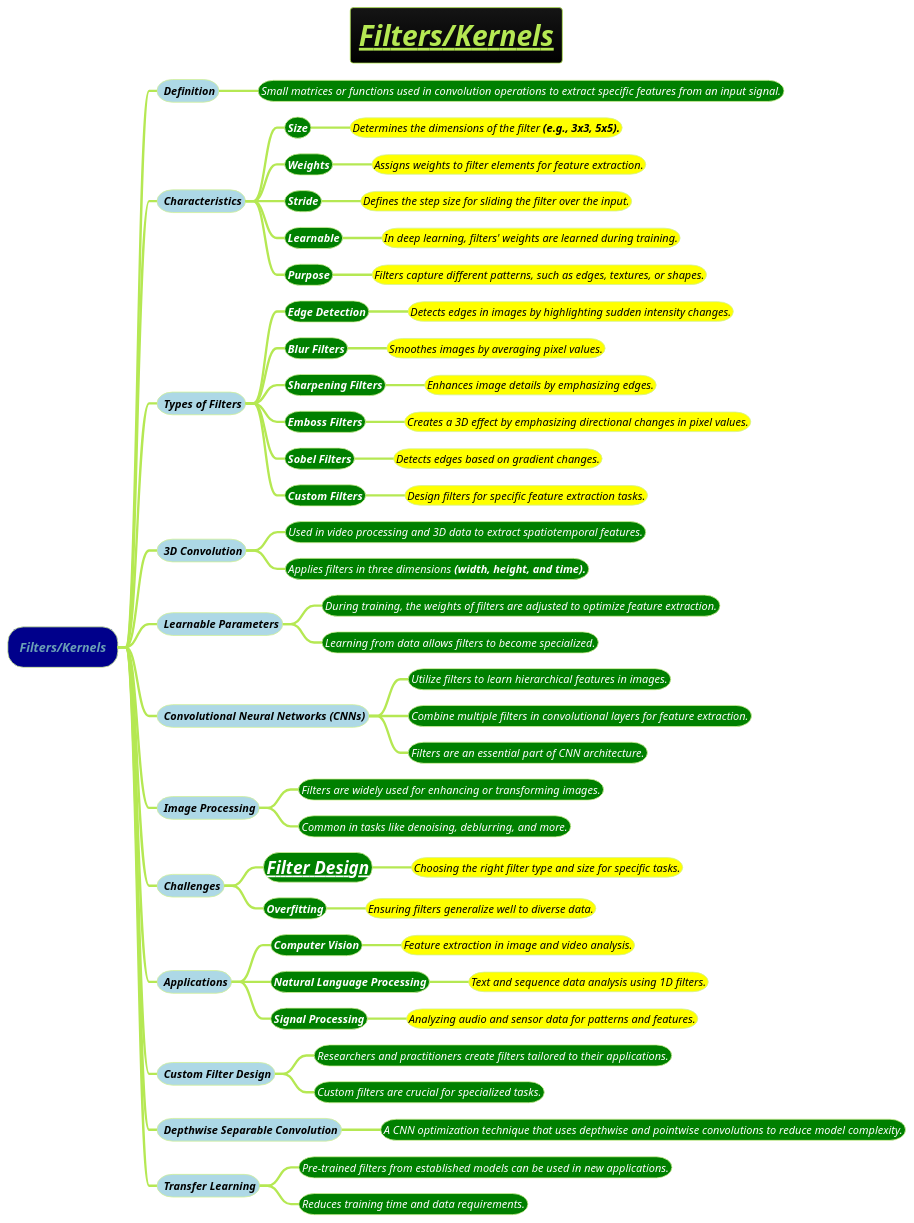
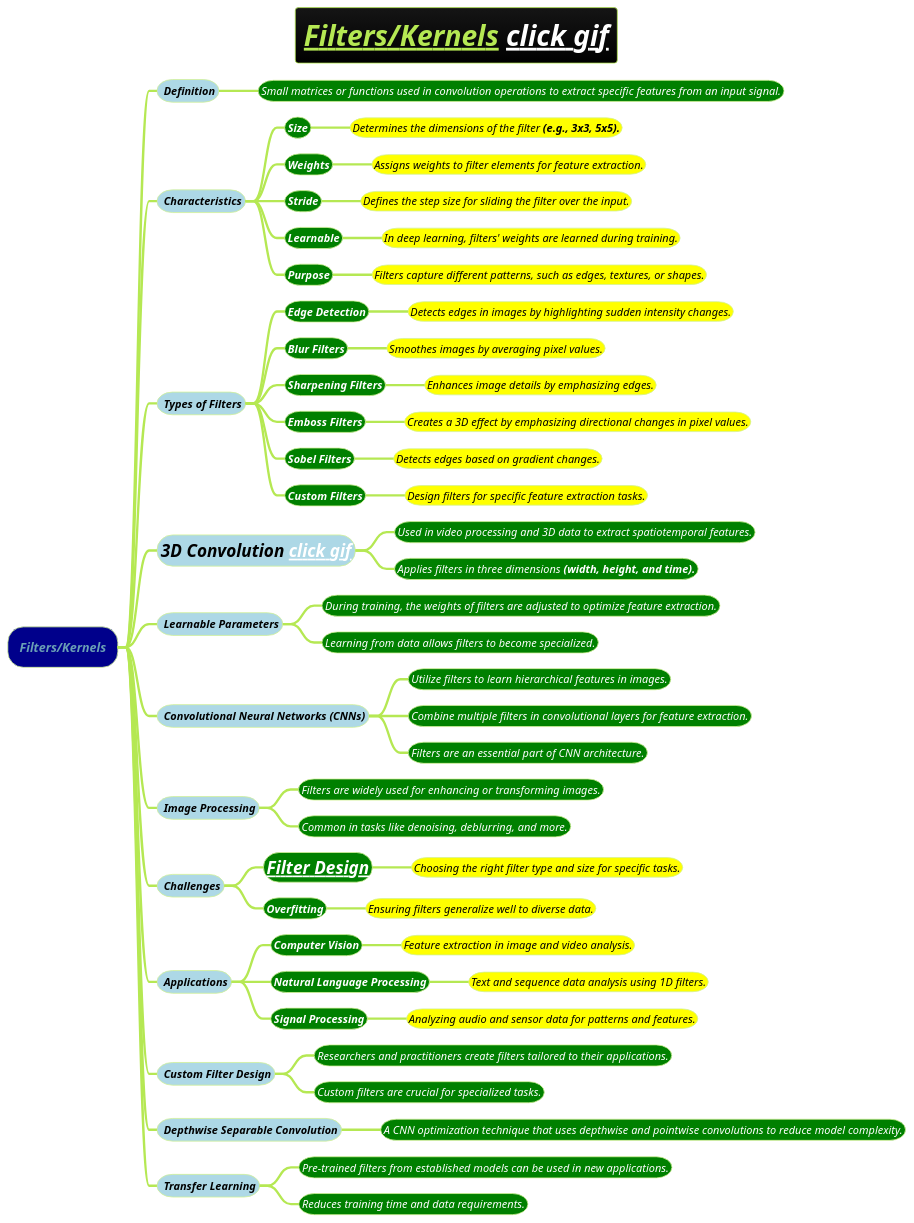
Before and after one commit to MehmoodHashmi/Documentation-as-Code-DaC: the diagram in docs/AI-ML- DL-Data-Science-and-BigData/machine-learning-ML/3-deep-learning-DL/Filters-or-Kernels.puml, drawn with PlantUML. The commit also changed 3 other files, not shown here.

```diff
--- a/docs/AI-ML- DL-Data-Science-and-BigData/machine-learning-ML/3-deep-learning-DL/Filters-or-Kernels.puml
+++ b/docs/AI-ML- DL-Data-Science-and-BigData/machine-learning-ML/3-deep-learning-DL/Filters-or-Kernels.puml
@@ -1,82 +1,77 @@
 @startmindmap
-title =<i><b><u>Filters/Kernels
-
+title =<i><b><u>Filters/Kernels [[../gif/convolution.adoc click gif]]
 !theme hacker
-
-
-
-
 
 *[#darkblue] <i>Filters/Kernels
 **[#lightblue] <color #black><i><size:14> Definition
 ***[#green] <color #white><i><size:14>Small matrices or functions used in convolution operations to extract specific features from an input signal.
 
 **[#lightblue] <color #black><i><size:14> Characteristics
 ***[#green] <color #white><b><i><size:14>Size
 ****[#yellow] <color #black><i><size:14>Determines the dimensions of the filter <b>(e.g., 3x3, 5x5).
 ***[#green] <color #white><b><i><size:14>Weights
 ****[#yellow] <color #black><i><size:14>Assigns weights to filter elements for feature extraction.
 ***[#green] <color #white><b><i><size:14>Stride
 ****[#yellow] <color #black><i><size:14>Defines the step size for sliding the filter over the input.
 ***[#green] <color #white><b><i><size:14>Learnable
 ****[#yellow] <color #black><i><size:14>In deep learning, filters' weights are learned during training.
 ***[#green] <color #white><b><i><size:14>Purpose
 ****[#yellow] <color #black><i><size:14>Filters capture different patterns, such as edges, textures, or shapes.
 
 **[#lightblue] <color #black><i><size:14> Types of Filters
 ***[#green] <color #white><b><i><size:14>Edge Detection
 ****[#yellow] <color #black><i><size:14>Detects edges in images by highlighting sudden intensity changes.
 ***[#green] <color #white><b><i><size:14>Blur Filters
 ****[#yellow] <color #black><i><size:14>Smoothes images by averaging pixel values.
 ***[#green] <color #white><b><i><size:14>Sharpening Filters
 ****[#yellow] <color #black><i><size:14>Enhances image details by emphasizing edges.
 ***[#green] <color #white><b><i><size:14>Emboss Filters
 ****[#yellow] <color #black><i><size:14>Creates a 3D effect by emphasizing directional changes in pixel values.
 ***[#green] <color #white><b><i><size:14>Sobel Filters
 ****[#yellow] <color #black><i><size:14>Detects edges based on gradient changes.
 ***[#green] <color #white><b><i><size:14>Custom Filters
 ****[#yellow] <color #black><i><size:14>Design filters for specific feature extraction tasks.
 
-**[#lightblue] <color #black><i><size:14> 3D Convolution
+**[#lightblue] <color #black><i><size:22>3D Convolution [[../gif/3D-convolution.adoc click gif]]
 ***[#green] <color #white><i><size:14>Used in video processing and 3D data to extract spatiotemporal features.
 ***[#green] <color #white><i><size:14>Applies filters in three dimensions <b>(width, height, and time).
 
 **[#lightblue] <color #black><i><size:14> Learnable Parameters
 ***[#green] <color #white><i><size:14>During training, the weights of filters are adjusted to optimize feature extraction.
 ***[#green] <color #white><i><size:14>Learning from data allows filters to become specialized.
 
 **[#lightblue] <color #black><i><size:14> Convolutional Neural Networks <b>(CNNs)
 ***[#green] <color #white><i><size:14>Utilize filters to learn hierarchical features in images.
 ***[#green] <color #white><i><size:14>Combine multiple filters in convolutional layers for feature extraction.
 ***[#green] <color #white><i><size:14>Filters are an essential part of CNN architecture.
 
 **[#lightblue] <color #black><i><size:14> Image Processing
 ***[#green] <color #white><i><size:14>Filters are widely used for enhancing or transforming images.
 ***[#green] <color #white><i><size:14>Common in tasks like denoising, deblurring, and more.
 
 **[#lightblue] <color #black><i><size:14> Challenges
 ***[#green] <color #white><b><i><size:22>[[Filter-Design.puml Filter Design]]
 ****[#yellow] <color #black><i><size:14>Choosing the right filter type and size for specific tasks.
 ***[#green] <color #white><b><i><size:14>Overfitting
 ****[#yellow] <color #black><i><size:14>Ensuring filters generalize well to diverse data.
 
 **[#lightblue] <color #black><i><size:14> Applications
 ***[#green] <color #white><b><i><size:14>Computer Vision
 ****[#yellow] <color #black><i><size:14>Feature extraction in image and video analysis.
 ***[#green] <color #white><b><i><size:14>Natural Language Processing
 ****[#yellow] <color #black><i><size:14>Text and sequence data analysis using 1D filters.
 ***[#green] <color #white><b><i><size:14>Signal Processing
 ****[#yellow] <color #black><i><size:14>Analyzing audio and sensor data for patterns and features.
 
 **[#lightblue] <color #black><i><size:14> Custom Filter Design
 ***[#green] <color #white><i><size:14>Researchers and practitioners create filters tailored to their applications.
 ***[#green] <color #white><i><size:14>Custom filters are crucial for specialized tasks.
 
 **[#lightblue] <color #black><i><size:14> Depthwise Separable Convolution
 ***[#green] <color #white><i><size:14>A CNN optimization technique that uses depthwise and pointwise convolutions to reduce model complexity.
 
 **[#lightblue] <color #black><i><size:14> Transfer Learning
 ***[#green] <color #white><i><size:14>Pre-trained filters from established models can be used in new applications.
 ***[#green] <color #white><i><size:14>Reduces training time and data requirements.
 
 @endmindmap
```
